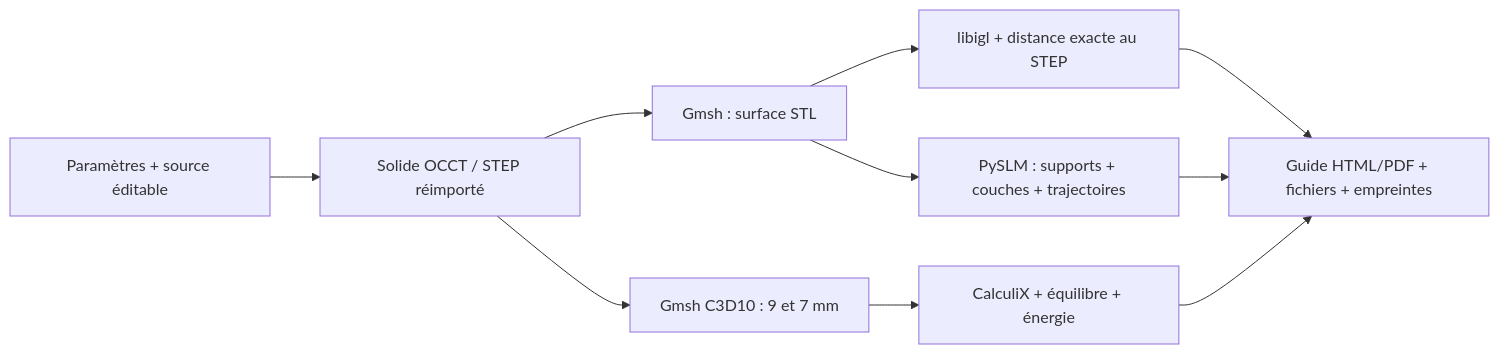
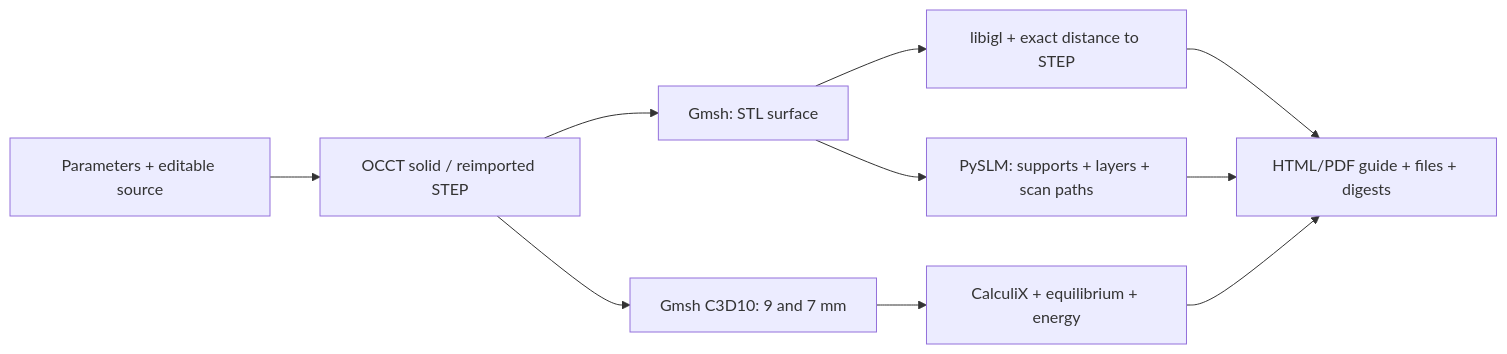
The diagram in docs/reports/993_CARRIER_WORKFLOW_20261016.md (cluster2600/porscheparts), drawn with Mermaid before and after one commit. The commit also changed other lines of this file and 99 other files, not shown here.

````diff
--- a/docs/reports/993_CARRIER_WORKFLOW_20261016.md
+++ b/docs/reports/993_CARRIER_WORKFLOW_20261016.md
@@ -22,12 +22,12 @@
 ```mermaid
 flowchart LR
-    A["Paramètres + source éditable"] --> B["Solide OCCT / STEP réimporté"]
-    B --> C["Gmsh : surface STL"]
-    C --> D["libigl + distance exacte au STEP"]
-    B --> E["Gmsh C3D10 : 9 et 7 mm"]
-    E --> F["CalculiX + équilibre + énergie"]
-    C --> G["PySLM : supports + couches + trajectoires"]
-    D --> H["Guide HTML/PDF + fichiers + empreintes"]
+    A["Parameters + editable source"] --> B["OCCT solid / reimported STEP"]
+    B --> C["Gmsh: STL surface"]
+    C --> D["libigl + exact distance to STEP"]
+    B --> E["Gmsh C3D10: 9 and 7 mm"]
+    E --> F["CalculiX + equilibrium + energy"]
+    C --> G["PySLM: supports + layers + scan paths"]
+    D --> H["HTML/PDF guide + files + digests"]
     F --> H
     G --> H
 ```
````
